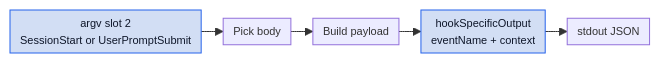
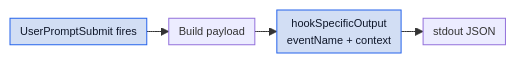
Before and after one commit to Pasanbasuru/company-plugin: the third of 6 diagrams in plugin/README.md, drawn with Mermaid. The commit also changed other lines of this file and 2 other files, not shown here.

First line of the commit message:
refactor(hooks): drop redundant SessionStart hook, keep single UserPromptSubmit

````diff
--- a/plugin/README.md
+++ b/plugin/README.md
@@ -222,13 +221,12 @@
 ```mermaid
 %%{init: {"themeVariables": {"fontSize": "11px"}, "flowchart": {"padding": 5, "nodeSpacing": 22, "rankSpacing": 22, "diagramPadding": 4}}}%%
 flowchart LR
 classDef hooks fill:#d2def4,stroke:#2563eb,color:#0f172a
 classDef scripts fill:#e8d9f3,stroke:#9333ea,color:#0f172a
 classDef skills fill:#d4ece6,stroke:#059669,color:#0f172a
 classDef templates fill:#f6dfd3,stroke:#ea580c,color:#0f172a
-  A["argv slot 2<br/>SessionStart or UserPromptSubmit"] --> B["Pick body"]
-  B --> C["Build payload"]
+  A["UserPromptSubmit fires"] --> C["Build payload"]
   C --> D["hookSpecificOutput<br/>eventName + context"]
   D --> E["stdout JSON"]
 class A,D hooks
 ```
````
